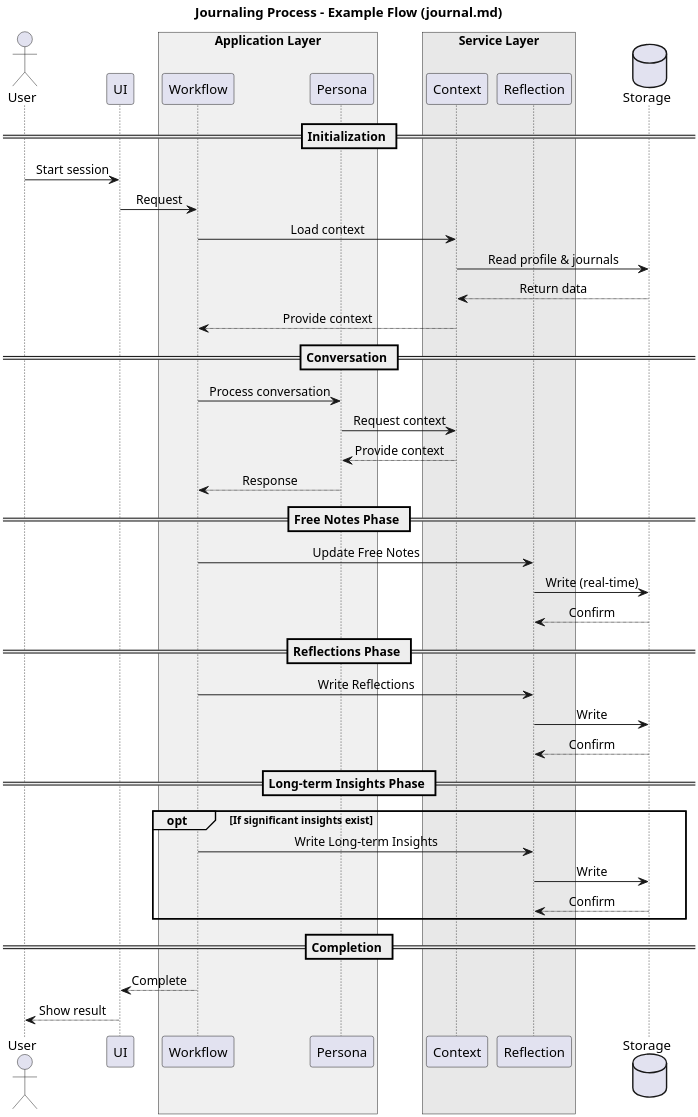
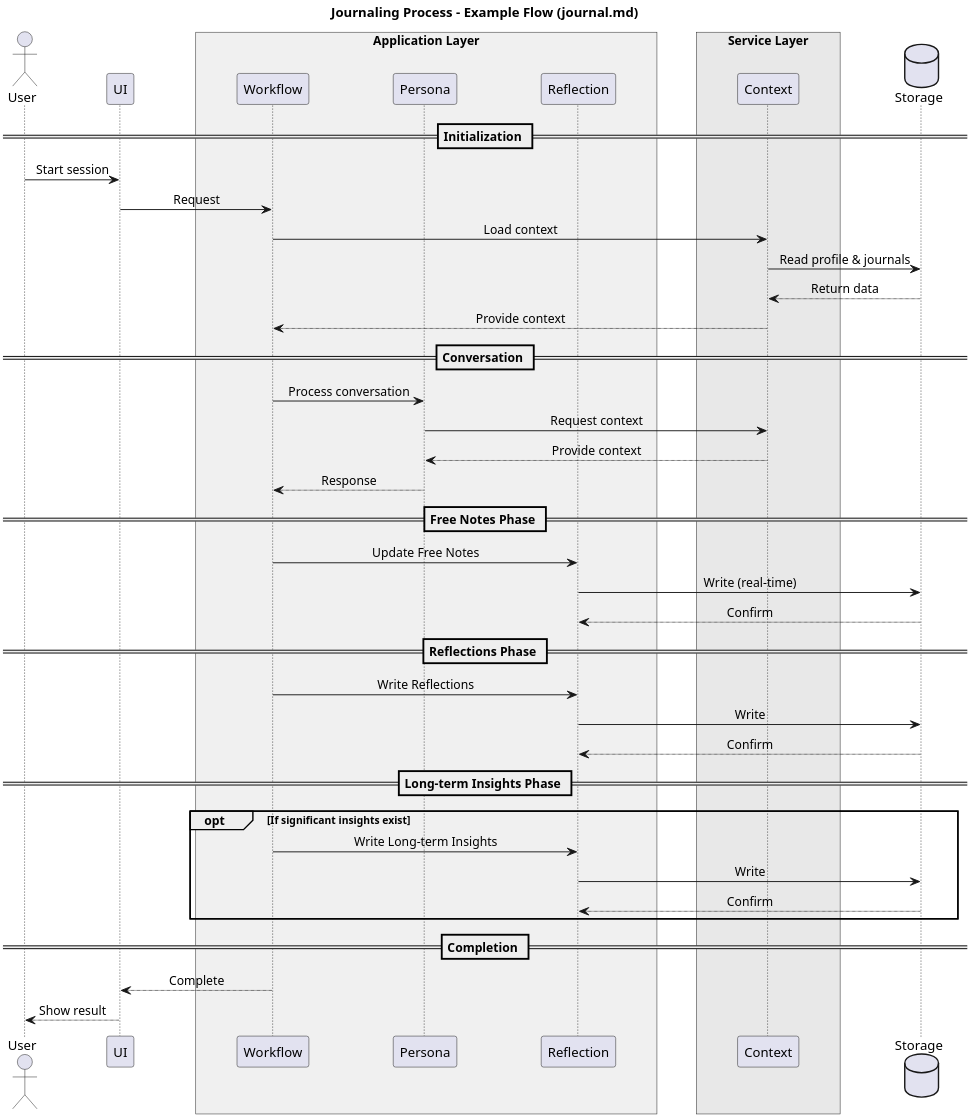
One commit to hoetaek/reflective-conversational-journal changed the diagram in docs/diagrams/src/sequence-diagram.wsd. Above: the diagram before and after it, drawn with PlantUML. The commit also changed 4 other files, not shown here.

Commit message:
refactor: Update architecture and sequence diagrams to correct Reflection component placement and enhance clarity

```diff
--- a/docs/diagrams/src/sequence-diagram.wsd
+++ b/docs/diagrams/src/sequence-diagram.wsd
@@ -1,54 +1,57 @@
 @startuml sequence-diagram
 skinparam defaultTextAlignment center
 skinparam dpi 300
+skinparam ParticipantPadding 40
+skinparam BoxPadding 20
 
 title Journaling Process - Example Flow (journal.md)
 
 actor User
 participant "UI" as UI
 box "Application Layer" #F0F0F0
     participant "Workflow" as Workflow
     participant "Persona" as Persona
+    participant "Reflection" as Reflection
 end box
+
 box "Service Layer" #E8E8E8
     participant "Context" as Context
-    participant "Reflection" as Reflection
 end box
 database "Storage" as Storage
 
 == Initialization ==
 User -> UI : Start session
 UI -> Workflow : Request
 Workflow -> Context : Load context
 Context -> Storage : Read profile & journals
 Storage --> Context : Return data
 Context --> Workflow : Provide context
 
 == Conversation ==
 Workflow -> Persona : Process conversation
 Persona -> Context : Request context
 Context --> Persona : Provide context
 Persona --> Workflow : Response
 
 == Free Notes Phase ==
 Workflow -> Reflection : Update Free Notes
 Reflection -> Storage : Write (real-time)
 Storage --> Reflection : Confirm
 
 == Reflections Phase ==
 Workflow -> Reflection : Write Reflections
 Reflection -> Storage : Write
 Storage --> Reflection : Confirm
 
 == Long-term Insights Phase ==
 opt If significant insights exist
     Workflow -> Reflection : Write Long-term Insights
     Reflection -> Storage : Write
     Storage --> Reflection : Confirm
 end
 
 == Completion ==
 Workflow --> UI : Complete
 UI --> User : Show result
 
 @enduml
```
